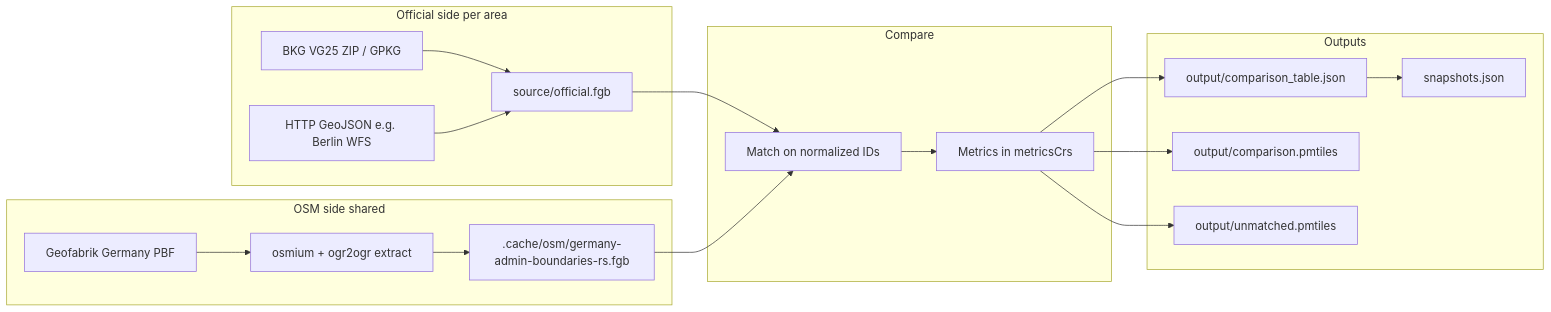
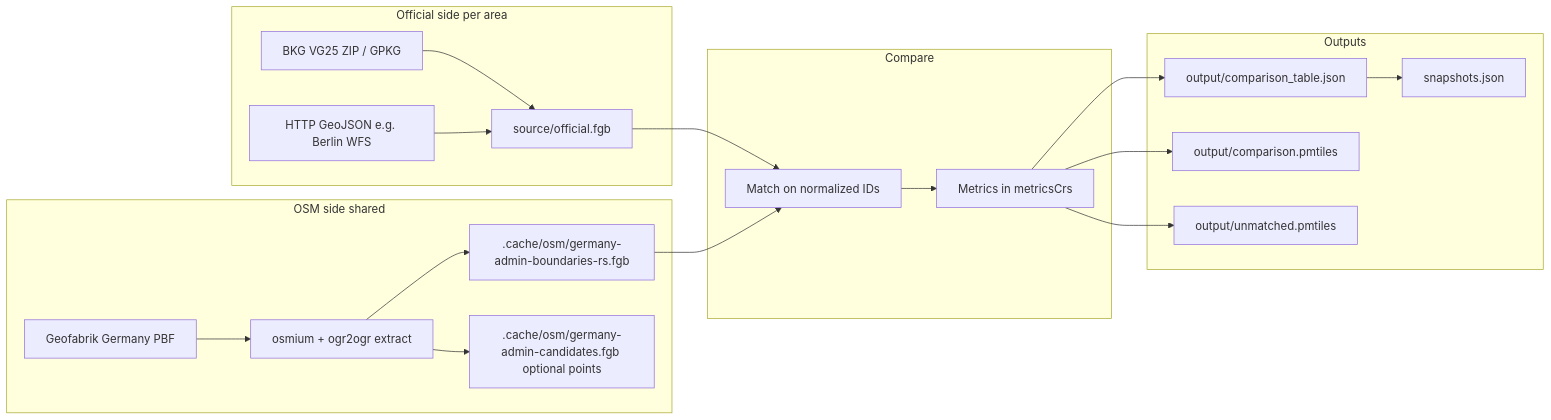
One commit to osmberlin/osm-boundary-checker-germany changed the diagram in docs/processing-and-analysis.md. Above: the diagram before and after it, drawn with Mermaid. The commit also changed other lines of this file and 21 other files, not shown here.

````diff
--- a/docs/processing-and-analysis.md
+++ b/docs/processing-and-analysis.md
@@ -21,38 +21,40 @@
 ```mermaid
 flowchart LR
   subgraph official [Official side per area]
     BKG[BKG VG25 ZIP / GPKG]
     HTTP[HTTP GeoJSON e.g. Berlin WFS]
     FGB_O[source/official.fgb]
     BKG --> FGB_O
     HTTP --> FGB_O
   end
 
   subgraph osm [OSM side shared]
     PBF[Geofabrik Germany PBF]
     EX[osmium + ogr2ogr extract]
     FGB_S[.cache/osm/germany-admin-boundaries-rs.fgb]
+    FGB_C[.cache/osm/germany-admin-candidates.fgb optional points]
     PBF --> EX --> FGB_S
+    EX --> FGB_C
   end
 
   subgraph compare [Compare]
     JOIN[Match on normalized IDs]
     MET[Metrics in metricsCrs]
     JOIN --> MET
   end
 
   FGB_O --> JOIN
   FGB_S --> JOIN
 
   subgraph out [Outputs]
     JSON[output/comparison_table.json]
     PM[output/comparison.pmtiles]
     UM[output/unmatched.pmtiles]
     SNAP[snapshots.json]
   end
 
   MET --> JSON
   MET --> PM
   MET --> UM
   JSON --> SNAP
 ```
````
